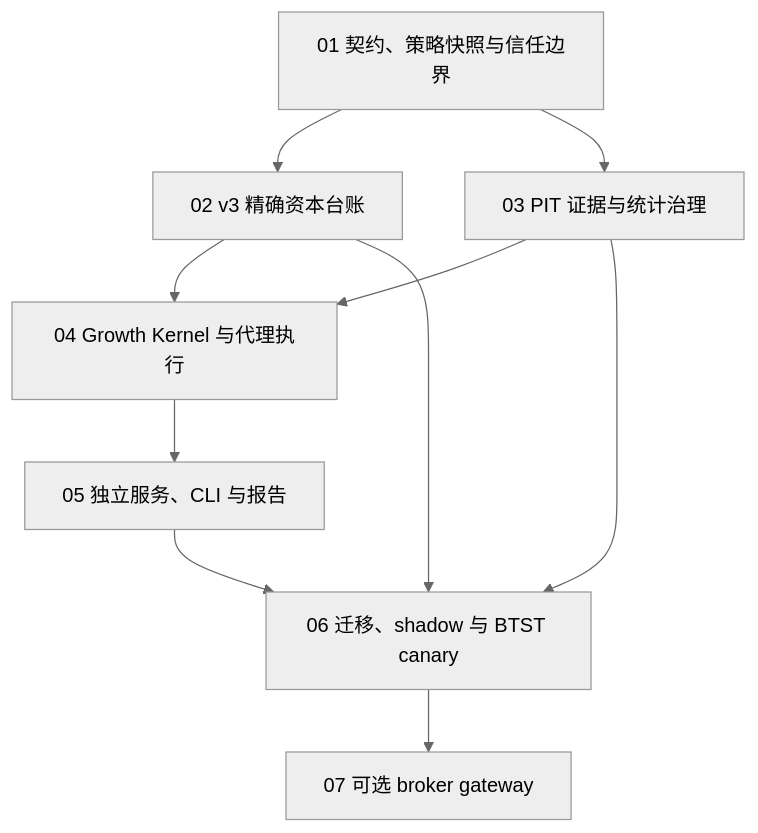
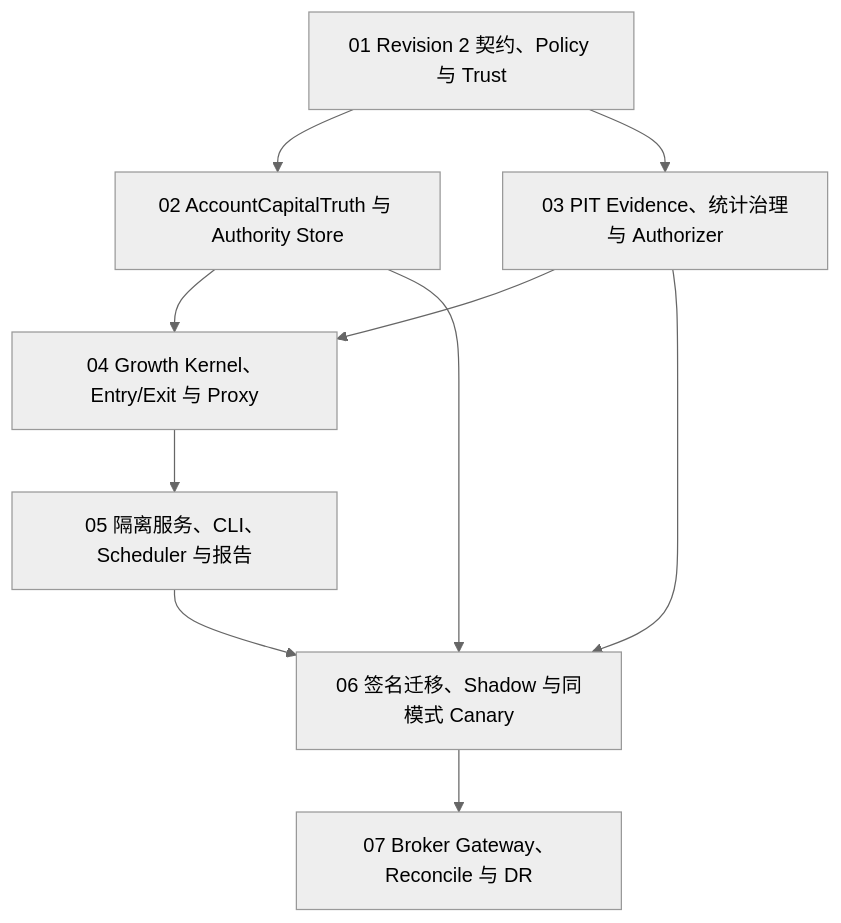
One commit to A1pha3/ai-hedge-fund changed the diagram in docs/superpowers/plans/2026-07-19-growth-kernel-roadmap.md. Above: the diagram before and after it, drawn with Mermaid (neutral theme). The commit also changed other lines of this file and 9 other files, not shown here.

Commit message:
docs(v3): approve revision 2 implementation roadmap

````diff
--- a/docs/superpowers/plans/2026-07-19-growth-kernel-roadmap.md
+++ b/docs/superpowers/plans/2026-07-19-growth-kernel-roadmap.md
@@ -32,12 +29,12 @@
 ```mermaid
 flowchart TD
-    P1["01 契约、策略快照与信任边界"] --> P2["02 v3 精确资本台账"]
-    P1 --> P3["03 PIT 证据与统计治理"]
-    P2 --> P4["04 Growth Kernel 与代理执行"]
+    P1["01 Revision 2 契约、Policy 与 Trust"] --> P2["02 AccountCapitalTruth 与 Authority Store"]
+    P1 --> P3["03 PIT Evidence、统计治理与 Authorizer"]
+    P2 --> P4["04 Growth Kernel、Entry/Exit 与 Proxy"]
     P3 --> P4
-    P4 --> P5["05 独立服务、CLI 与报告"]
-    P5 --> P6["06 迁移、shadow 与 BTST canary"]
-    P6 --> P7["07 可选 broker gateway"]
+    P4 --> P5["05 隔离服务、CLI、Scheduler 与报告"]
+    P5 --> P6["06 签名迁移、Shadow 与同模式 Canary"]
+    P6 --> P7["07 Broker Gateway、Reconcile 与 DR"]
     P3 --> P6
     P2 --> P6
 ```
````
